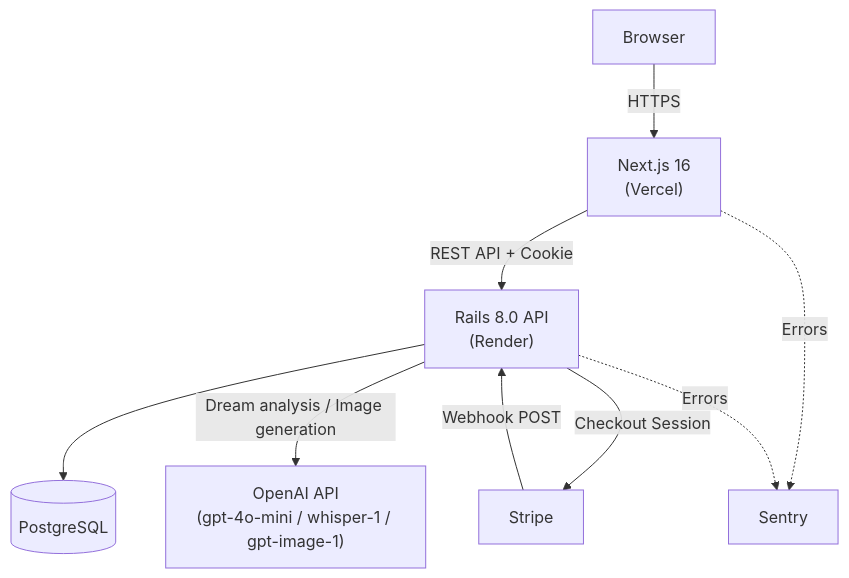
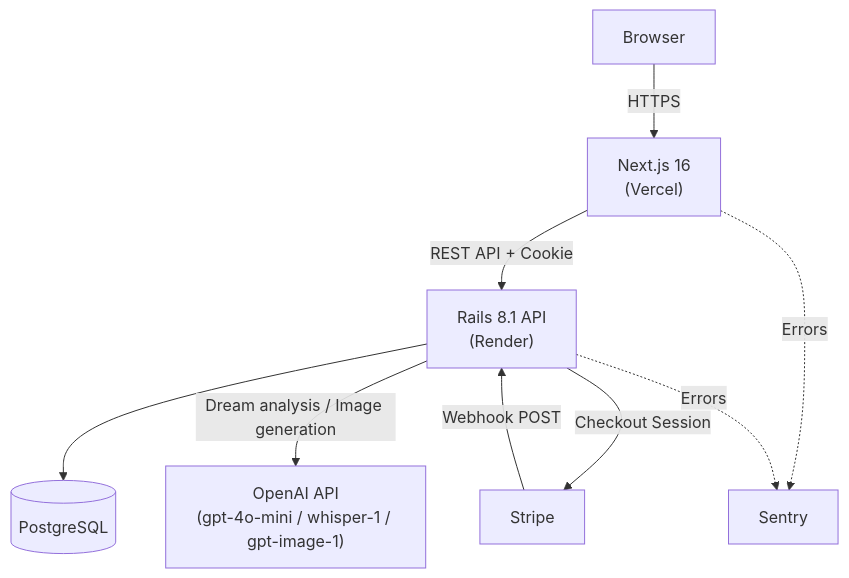
One commit to isekaisaru/dreamjournal-app changed the diagram in README.md. Above: the diagram before and after it, drawn with Mermaid. The commit also changed other lines of this file and 4 other files, not shown here.

````diff
--- a/README.md
+++ b/README.md
@@ -91,19 +91,19 @@
 ```mermaid
 graph TD
     Browser["Browser"]
     FE["Next.js 16<br/>(Vercel)"]
-    BE["Rails 8.0 API<br/>(Render)"]
+    BE["Rails 8.1 API<br/>(Render)"]
     DB[("PostgreSQL")]
     AI["OpenAI API<br/>(gpt-4o-mini / whisper-1 / gpt-image-1)"]
     Stripe["Stripe"]
     Sentry["Sentry"]
 
     Browser -->|HTTPS| FE
     FE -->|REST API + Cookie| BE
     BE --> DB
     BE -->|Dream analysis / Image generation| AI
     BE -->|Checkout Session| Stripe
     Stripe -->|Webhook POST| BE
     FE -.->|Errors| Sentry
     BE -.->|Errors| Sentry
 ```
````
